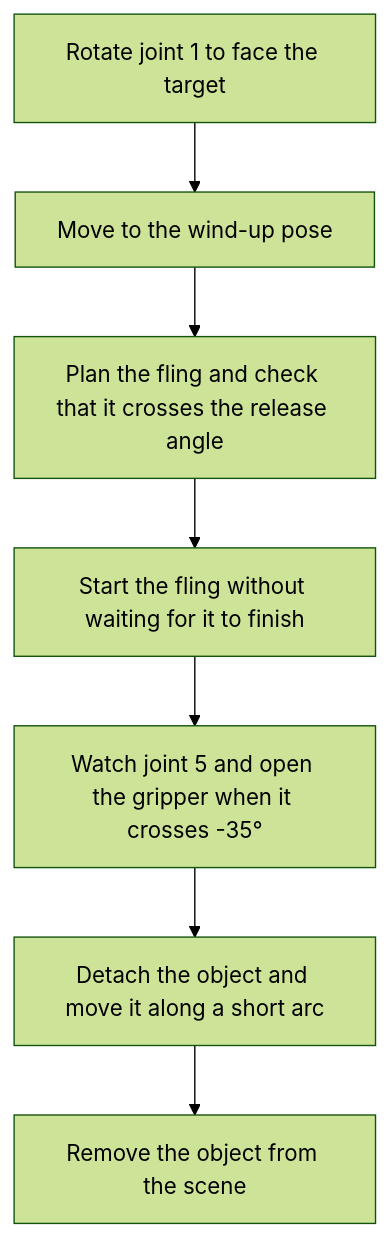
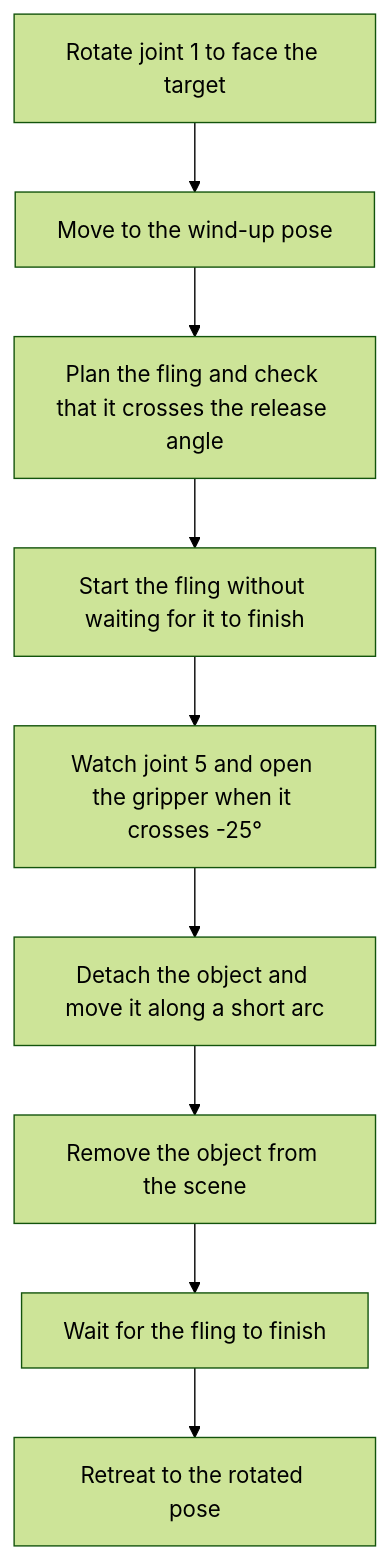
One commit to Jeremy-Allan/ROS2-middleware changed the diagram in docs/technical/motion-and-actions/throw.md. Above: the diagram before and after it, drawn with Mermaid (forest theme). The commit also changed other lines of this file and 10 other files, not shown here.

````diff
--- a/docs/technical/motion-and-actions/throw.md
+++ b/docs/technical/motion-and-actions/throw.md
@@ -12,9 +12,11 @@
 ```mermaid
 flowchart TD
     a["Rotate joint 1 to face the target"] --> b["Move to the wind-up pose"]
     b --> c["Plan the fling and check that it crosses the release angle"]
     c --> d["Start the fling without waiting for it to finish"]
-    d --> e["Watch joint 5 and open the gripper when it crosses -35°"]
+    d --> e["Watch joint 5 and open the gripper when it crosses -25°"]
     e --> f["Detach the object and move it along a short arc"]
     f --> g["Remove the object from the scene"]
+    g --> h["Wait for the fling to finish"]
+    h --> i["Retreat to the rotated pose"]
 ```
````
